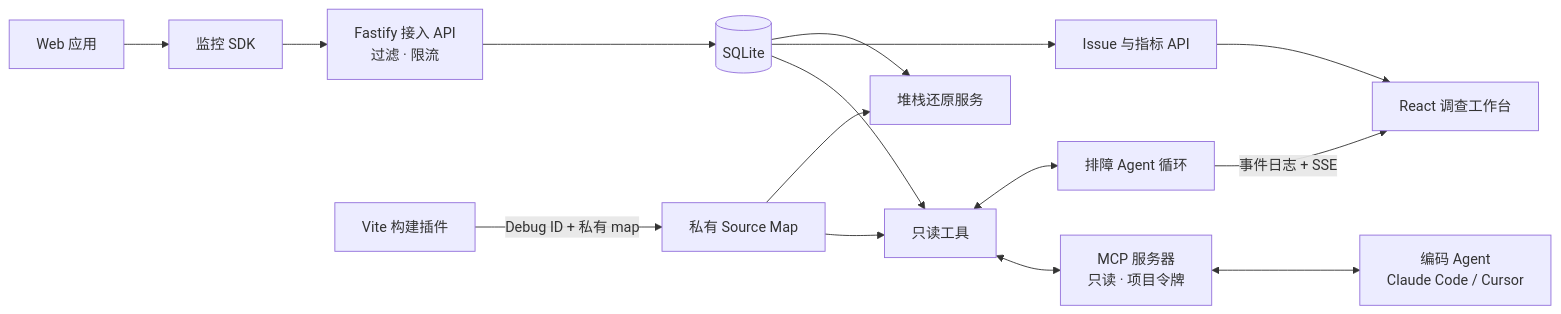
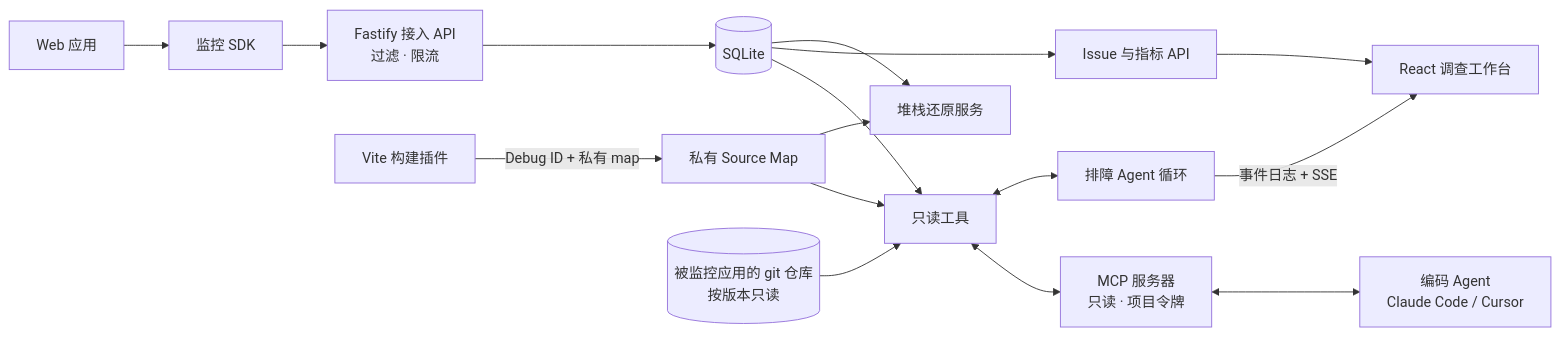
The diagram in docs/architecture.md (guiwzh/tracepilot), drawn with Mermaid before and after one commit. The commit also changed other lines of this file and 33 other files, not shown here.

````diff
--- a/docs/architecture.md
+++ b/docs/architecture.md
@@ -5,17 +5,18 @@
 ```mermaid
 flowchart LR
   Web[Web 应用] --> SDK[监控 SDK]
   SDK --> Ingest[Fastify 接入 API<br/>过滤 · 限流]
   Ingest --> SQLite[(SQLite)]
   Build[Vite 构建插件] -- Debug ID + 私有 map --> Maps[私有 Source Map]
   Maps --> Symbolicator[堆栈还原服务]
   SQLite --> Symbolicator
   SQLite --> Query[Issue 与指标 API]
   Query --> Dashboard[React 调查工作台]
   SQLite --> Tools[只读工具]
+  Repo[(被监控应用的 git 仓库<br/>按版本只读)] --> Tools
   Maps --> Tools
   Tools <--> Agent[排障 Agent 循环]
   Agent -- 事件日志 + SSE --> Dashboard
   Tools <--> MCP[MCP 服务器<br/>只读 · 项目令牌]
   MCP <--> Coder[编码 Agent<br/>Claude Code / Cursor]
 ```
````
